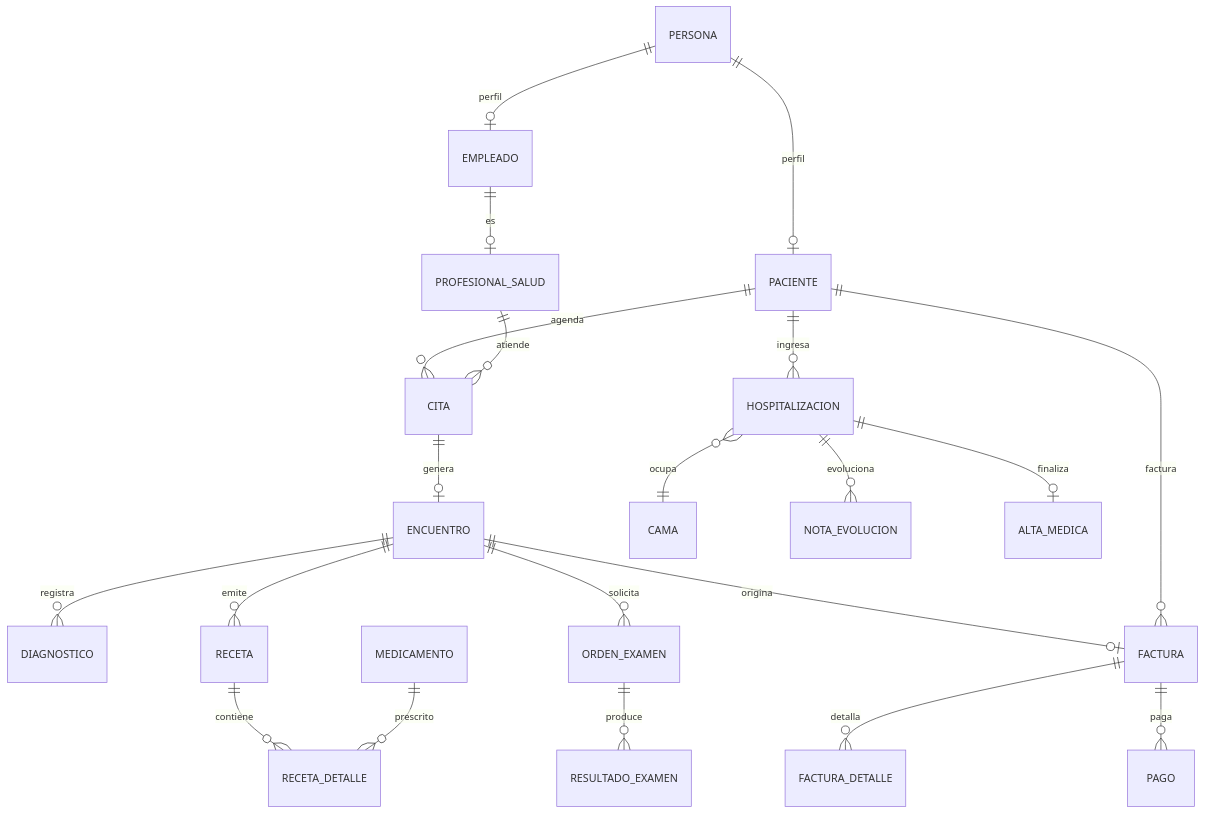
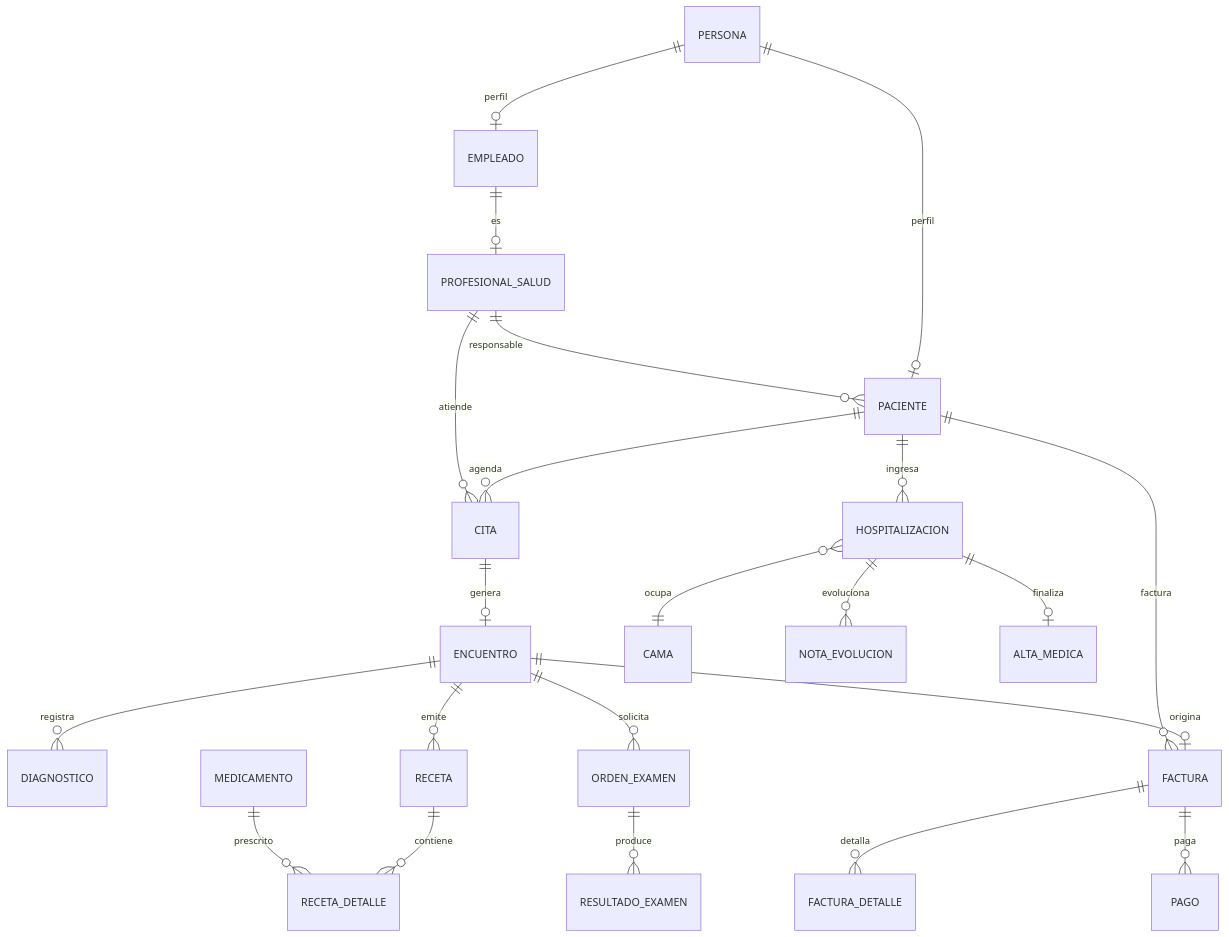
One commit to jaretmacias25-a11y/MediList changed the diagram in entidades.md. Above: the diagram before and after it, drawn with Mermaid. The commit also changed other lines of this file and 5 other files, not shown here.

````diff
--- a/entidades.md
+++ b/entidades.md
@@ -199,23 +202,24 @@
 ```mermaid
 erDiagram
     PERSONA ||--o| PACIENTE : "perfil"
     PERSONA ||--o| EMPLEADO : "perfil"
     EMPLEADO ||--o| PROFESIONAL_SALUD : "es"
     PACIENTE ||--o{ CITA : "agenda"
     PROFESIONAL_SALUD ||--o{ CITA : "atiende"
+    PROFESIONAL_SALUD ||--o{ PACIENTE : "responsable"
     CITA ||--o| ENCUENTRO : "genera"
     ENCUENTRO ||--o{ DIAGNOSTICO : "registra"
     ENCUENTRO ||--o{ RECETA : "emite"
     RECETA ||--o{ RECETA_DETALLE : "contiene"
     MEDICAMENTO ||--o{ RECETA_DETALLE : "prescrito"
     ENCUENTRO ||--o{ ORDEN_EXAMEN : "solicita"
     ORDEN_EXAMEN ||--o{ RESULTADO_EXAMEN : "produce"
     PACIENTE ||--o{ HOSPITALIZACION : "ingresa"
     HOSPITALIZACION }o--|| CAMA : "ocupa"
     HOSPITALIZACION ||--o{ NOTA_EVOLUCION : "evoluciona"
     HOSPITALIZACION ||--o| ALTA_MEDICA : "finaliza"
     ENCUENTRO ||--o| FACTURA : "origina"
     PACIENTE ||--o{ FACTURA : "factura"
     FACTURA ||--o{ FACTURA_DETALLE : "detalla"
     FACTURA ||--o{ PAGO : "paga"
 ```
````
